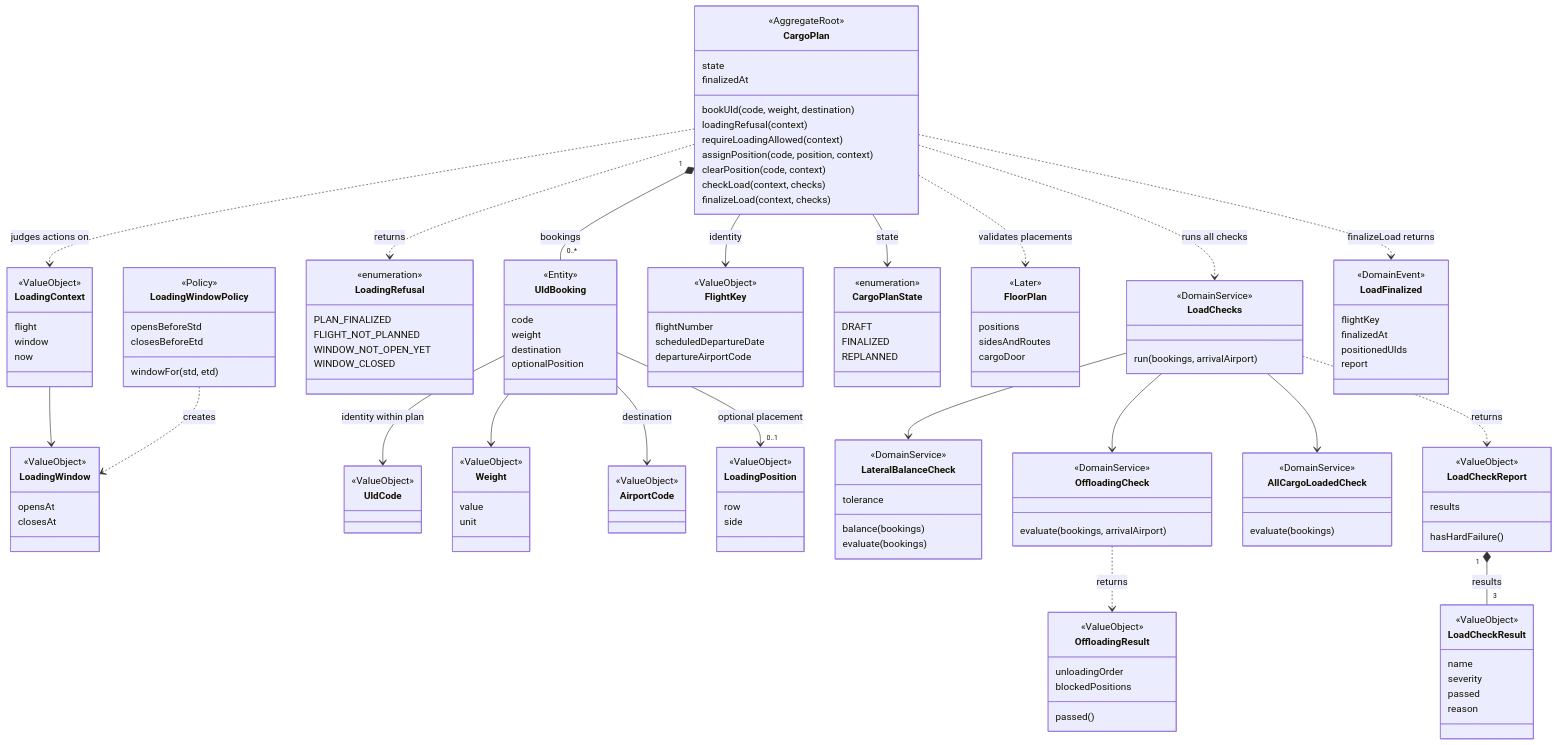
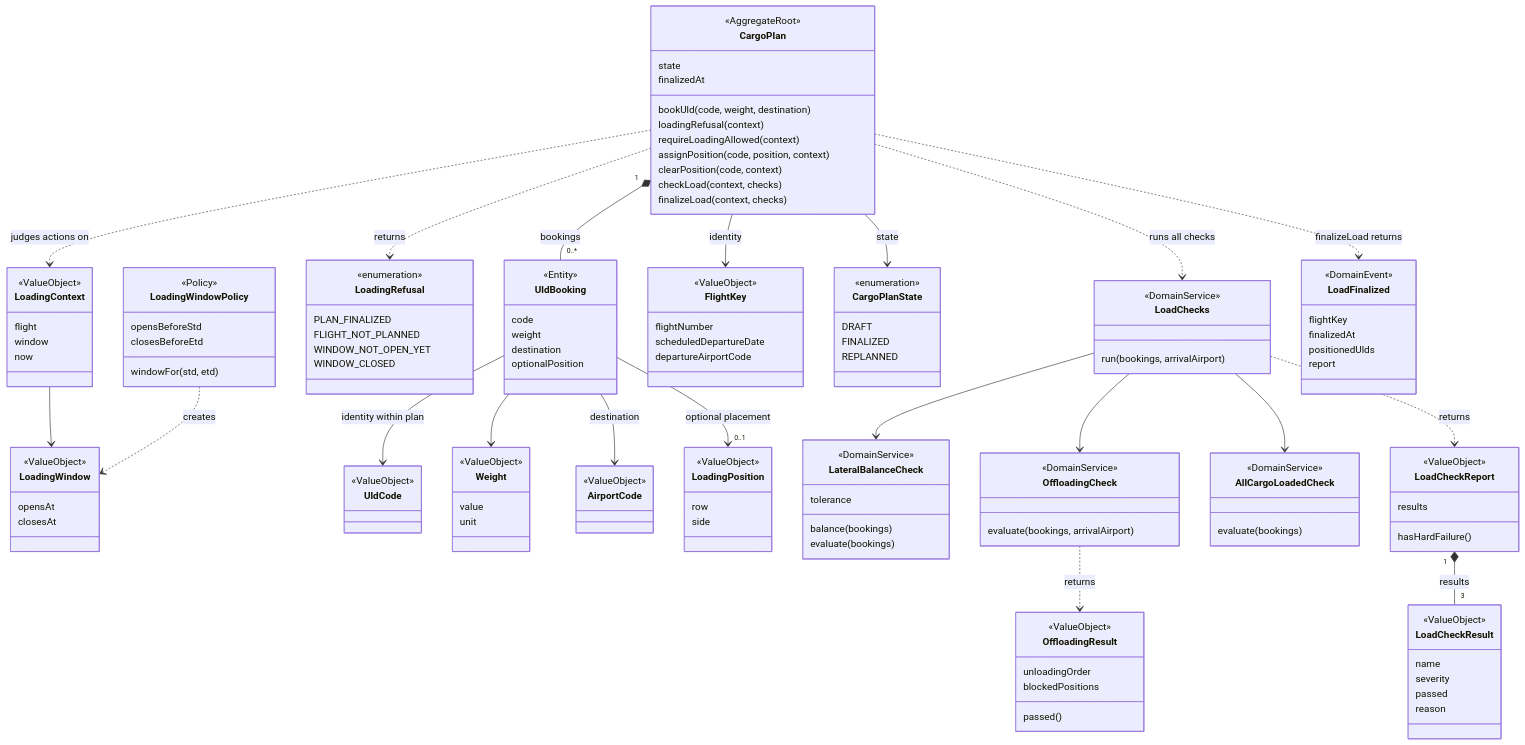
Before and after one commit to ebhd/air-freight-operations: the fourth of 9 diagrams in architecture/analyse.md, drawn with Mermaid. The commit also changed other lines of this file and 1 other file, not shown here.

First line of the commit message:
Shorten the README and the architecture analysis

```diff
--- a/architecture/analyse.md
+++ b/architecture/analyse.md
@@ -237,12 +236,6 @@
         FINALIZED
         REPLANNED
     }
-    class FloorPlan {
-        <<Later>>
-        positions
-        sidesAndRoutes
-        cargoDoor
-    }
     class LoadChecks {
         <<DomainService>>
         run(bookings, arrivalAirport)
@@ -297,7 +290,6 @@
     UldBooking --> Weight
     UldBooking --> AirportCode : destination
     UldBooking --> "0..1" LoadingPosition : optional placement
-    CargoPlan ..> FloorPlan : validates placements
     CargoPlan ..> LoadChecks : runs all checks
     LoadChecks --> LateralBalanceCheck
     LoadChecks --> OffloadingCheck
```
